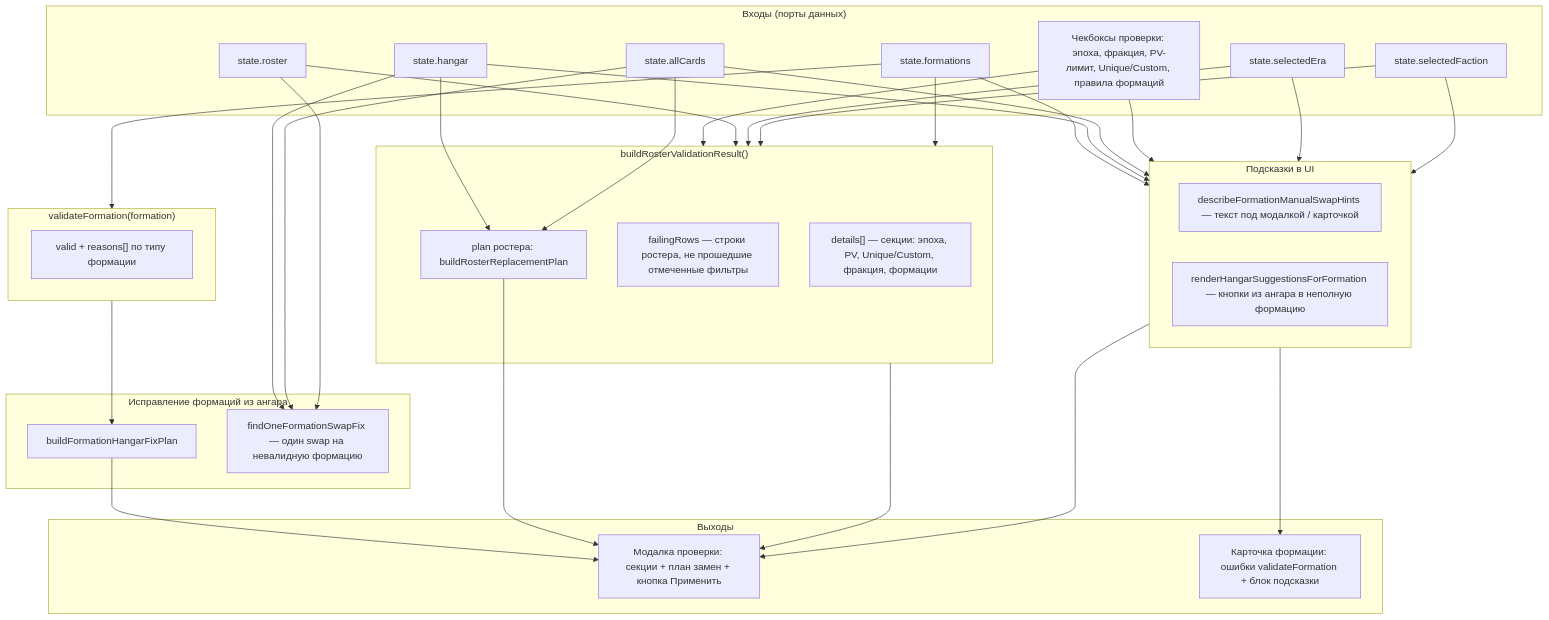
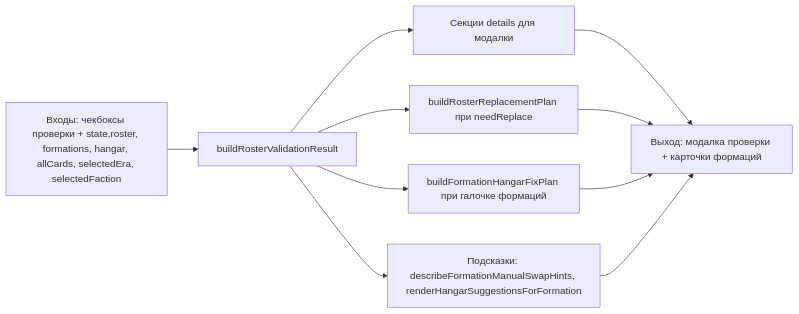
Before and after one commit to ArtyomMishkin/Alpha_Strike_Helper: the second of 3 diagrams in WORK_DESCRIPTION.md, drawn with Mermaid. The commit also changed other lines of this file and 2 other files, not shown here.

Commit message:
Поправил Readme.md под нужные ГОСТы для сдачи + добавил поддержку формаций Марианской Гегемонии

````diff
--- a/WORK_DESCRIPTION.md
+++ b/WORK_DESCRIPTION.md
@@ -652,61 +654,20 @@
 ```mermaid
-flowchart TB
-    subgraph IN["Входы (порты данных)"]
-        CB["Чекбоксы проверки: эпоха, фракция, PV-лимит, Unique/Custom, правила формаций"]
-        R["state.roster"]
-        F["state.formations"]
-        H["state.hangar"]
-        C["state.allCards"]
-        SE["state.selectedEra"]
-        SF["state.selectedFaction"]
-    end
+flowchart LR
+    A["Входы: чекбоксы проверки + state.roster, formations, hangar, allCards, selectedEra, selectedFaction"]
+    B["buildRosterValidationResult"]
+    C["Секции details для модалки"]
+    D["buildRosterReplacementPlan при needReplace"]
+    E["buildFormationHangarFixPlan при галочке формаций"]
+    F["Подсказки: describeFormationManualSwapHints, renderHangarSuggestionsForFormation"]
+    G["Выход: модалка проверки + карточки формаций"]
 
-    subgraph V["buildRosterValidationResult()"]
-        D1["details[] — секции: эпоха, PV, Unique/Custom, фракция, формации"]
-        FR["failingRows — строки ростера, не прошедшие отмеченные фильтры"]
-        RP["plan ростера: buildRosterReplacementPlan"]
-    end
-
-    subgraph VF["validateFormation(formation)"]
-        VR["valid + reasons[] по типу формации"]
-    end
-
-    subgraph FF["Исправление формаций из ангара"]
-        FP["buildFormationHangarFixPlan"]
-        FO["findOneFormationSwapFix — один swap на невалидную формацию"]
-    end
-
-    subgraph HINT["Подсказки в UI"]
-        MH["describeFormationManualSwapHints — текст под модалкой / карточкой"]
-        RS["renderHangarSuggestionsForFormation — кнопки из ангара в неполную формацию"]
-    end
-
-    subgraph OUT["Выходы"]
-        MOD["Модалка проверки: секции + план замен + кнопка Применить"]
-        FC["Карточка формации: ошибки validateFormation + блок подсказки"]
-    end
-
-    CB --> V
-    R --> V
-    SE --> V
-    SF --> V
-    F --> V
-    F --> VF
-    VF --> FP
-    H --> RP
-    H --> FO
-    C --> RP
-    C --> FO
-    R --> FO
-    F --> HINT
-    H --> HINT
-    C --> HINT
-    CB --> HINT
-    SE --> HINT
-    SF --> HINT
-    V --> MOD
-    FP --> MOD
-    RP --> MOD
-    HINT --> FC
-    HINT --> MOD
+    A --> B
+    B --> C
+    B --> D
+    B --> E
+    B --> F
+    C --> G
+    D --> G
+    E --> G
+    F --> G
 ```
````
